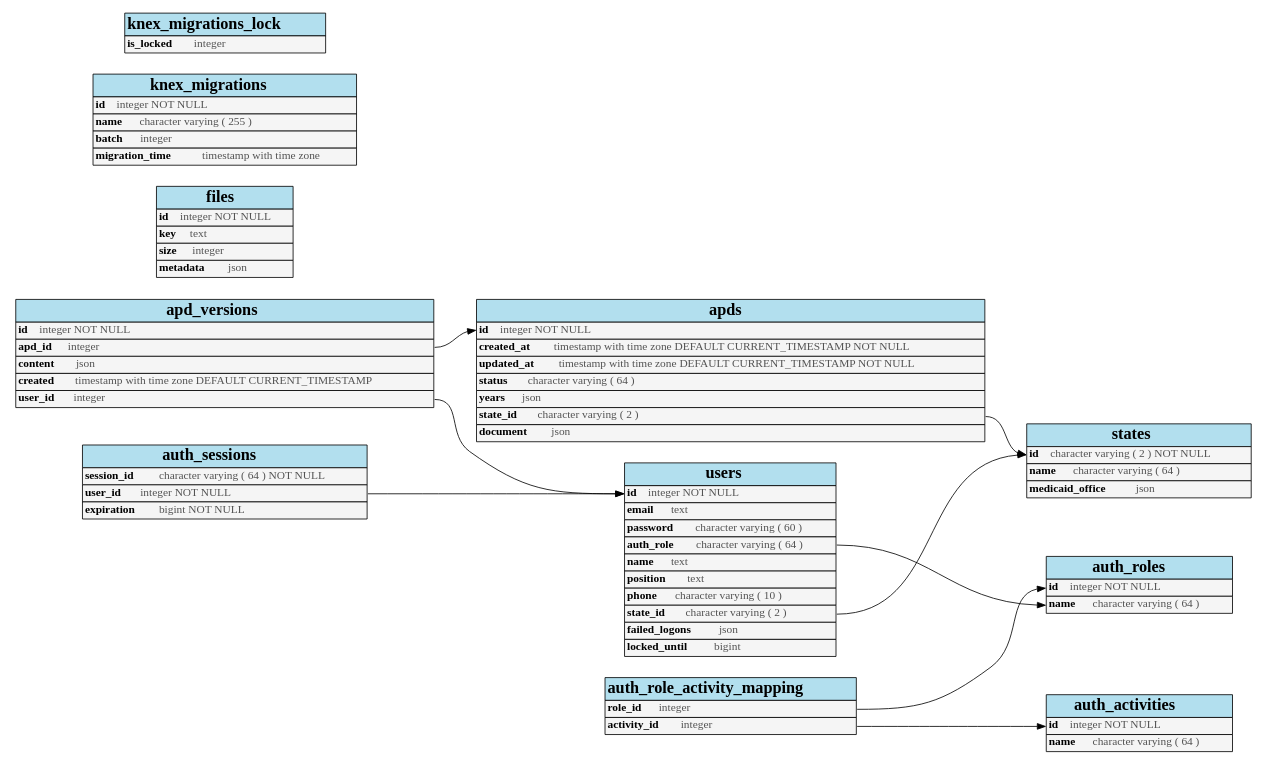
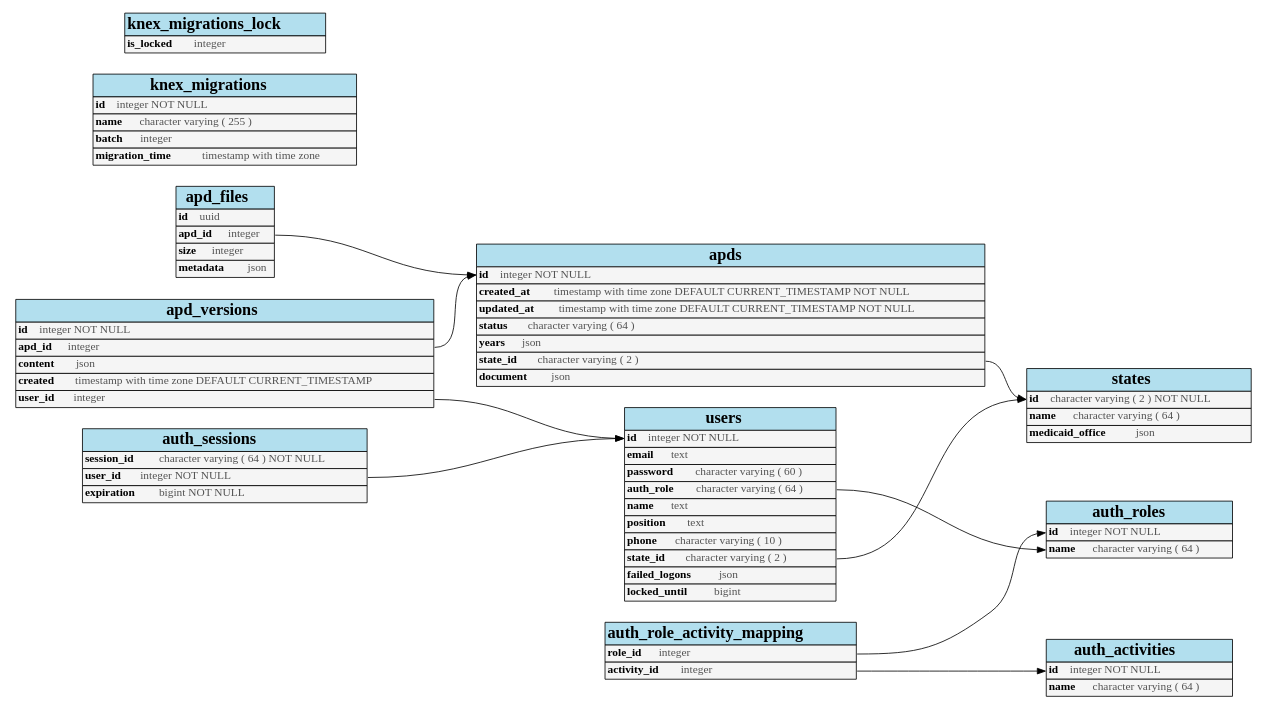
One commit to Enterprise-CMCS/eAPD changed the diagram in docs/database-diagram.dot. Above: the diagram before and after it, drawn with Graphviz. The commit also changed 2 other files, not shown here.

```diff
--- a/docs/database-diagram.dot
+++ b/docs/database-diagram.dot
@@ -1,145 +1,146 @@
 /*
- * Graphviz of '<open file '<stdin>', mode 'r' at 0x7f389a83e0c0>', created 2019-10-18 20:24:25.731945
+ * Graphviz of '<open file '<stdin>', mode 'r' at 0x7f3fab3ed0c0>', created 2019-12-04 19:56:55.514987
  * Generated from https://github.com/rm-hull/sql_graphviz
  */
 digraph g { graph [ rankdir = "LR" ];
+
+  "apd_files" [
+    shape=none
+    label=<
+      <table border="0" cellspacing="0" cellborder="1">
+        <tr><td bgcolor="lightblue2"><font face="Times-bold" point-size="20">apd_files</font></td></tr>
+        <tr><td bgcolor="grey96" align="left" port="id"><font face="Times-bold">id</font>  <font color="#535353">uuid</font></td></tr>
+        <tr><td bgcolor="grey96" align="left" port="apd_id"><font face="Times-bold">apd_id</font>  <font color="#535353">integer</font></td></tr>
+        <tr><td bgcolor="grey96" align="left" port="size"><font face="Times-bold">size</font>  <font color="#535353">integer</font></td></tr>
+        <tr><td bgcolor="grey96" align="left" port="metadata"><font face="Times-bold">metadata</font>  <font color="#535353">json</font></td></tr>
+      </table>
+    >];
 
   "apd_versions" [
     shape=none
     label=<
       <table border="0" cellspacing="0" cellborder="1">
         <tr><td bgcolor="lightblue2"><font face="Times-bold" point-size="20">apd_versions</font></td></tr>
         <tr><td bgcolor="grey96" align="left" port="id"><font face="Times-bold">id</font>  <font color="#535353">integer NOT NULL</font></td></tr>
         <tr><td bgcolor="grey96" align="left" port="apd_id"><font face="Times-bold">apd_id</font>  <font color="#535353">integer</font></td></tr>
         <tr><td bgcolor="grey96" align="left" port="content"><font face="Times-bold">content</font>  <font color="#535353">json</font></td></tr>
         <tr><td bgcolor="grey96" align="left" port="created"><font face="Times-bold">created</font>  <font color="#535353">timestamp with time zone DEFAULT CURRENT_TIMESTAMP</font></td></tr>
         <tr><td bgcolor="grey96" align="left" port="user_id"><font face="Times-bold">user_id</font>  <font color="#535353">integer</font></td></tr>
       </table>
     >];
 
   "apds" [
     shape=none
     label=<
       <table border="0" cellspacing="0" cellborder="1">
         <tr><td bgcolor="lightblue2"><font face="Times-bold" point-size="20">apds</font></td></tr>
         <tr><td bgcolor="grey96" align="left" port="id"><font face="Times-bold">id</font>  <font color="#535353">integer NOT NULL</font></td></tr>
         <tr><td bgcolor="grey96" align="left" port="created_at"><font face="Times-bold">created_at</font>  <font color="#535353">timestamp with time zone DEFAULT CURRENT_TIMESTAMP NOT NULL</font></td></tr>
         <tr><td bgcolor="grey96" align="left" port="updated_at"><font face="Times-bold">updated_at</font>  <font color="#535353">timestamp with time zone DEFAULT CURRENT_TIMESTAMP NOT NULL</font></td></tr>
         <tr><td bgcolor="grey96" align="left" port="status"><font face="Times-bold">status</font>  <font color="#535353">character varying ( 64 )</font></td></tr>
         <tr><td bgcolor="grey96" align="left" port="years"><font face="Times-bold">years</font>  <font color="#535353">json</font></td></tr>
         <tr><td bgcolor="grey96" align="left" port="state_id"><font face="Times-bold">state_id</font>  <font color="#535353">character varying ( 2 )</font></td></tr>
         <tr><td bgcolor="grey96" align="left" port="document"><font face="Times-bold">document</font>  <font color="#535353">json</font></td></tr>
       </table>
     >];
 
   "auth_activities" [
     shape=none
     label=<
       <table border="0" cellspacing="0" cellborder="1">
         <tr><td bgcolor="lightblue2"><font face="Times-bold" point-size="20">auth_activities</font></td></tr>
         <tr><td bgcolor="grey96" align="left" port="id"><font face="Times-bold">id</font>  <font color="#535353">integer NOT NULL</font></td></tr>
         <tr><td bgcolor="grey96" align="left" port="name"><font face="Times-bold">name</font>  <font color="#535353">character varying ( 64 )</font></td></tr>
       </table>
     >];
 
   "auth_role_activity_mapping" [
     shape=none
     label=<
       <table border="0" cellspacing="0" cellborder="1">
         <tr><td bgcolor="lightblue2"><font face="Times-bold" point-size="20">auth_role_activity_mapping</font></td></tr>
         <tr><td bgcolor="grey96" align="left" port="role_id"><font face="Times-bold">role_id</font>  <font color="#535353">integer</font></td></tr>
         <tr><td bgcolor="grey96" align="left" port="activity_id"><font face="Times-bold">activity_id</font>  <font color="#535353">integer</font></td></tr>
       </table>
     >];
 
   "auth_roles" [
     shape=none
     label=<
       <table border="0" cellspacing="0" cellborder="1">
         <tr><td bgcolor="lightblue2"><font face="Times-bold" point-size="20">auth_roles</font></td></tr>
         <tr><td bgcolor="grey96" align="left" port="id"><font face="Times-bold">id</font>  <font color="#535353">integer NOT NULL</font></td></tr>
         <tr><td bgcolor="grey96" align="left" port="name"><font face="Times-bold">name</font>  <font color="#535353">character varying ( 64 )</font></td></tr>
       </table>
     >];
 
   "auth_sessions" [
     shape=none
     label=<
       <table border="0" cellspacing="0" cellborder="1">
         <tr><td bgcolor="lightblue2"><font face="Times-bold" point-size="20">auth_sessions</font></td></tr>
         <tr><td bgcolor="grey96" align="left" port="session_id"><font face="Times-bold">session_id</font>  <font color="#535353">character varying ( 64 ) NOT NULL</font></td></tr>
         <tr><td bgcolor="grey96" align="left" port="user_id"><font face="Times-bold">user_id</font>  <font color="#535353">integer NOT NULL</font></td></tr>
         <tr><td bgcolor="grey96" align="left" port="expiration"><font face="Times-bold">expiration</font>  <font color="#535353">bigint NOT NULL</font></td></tr>
       </table>
     >];
 
-  "files" [
-    shape=none
-    label=<
-      <table border="0" cellspacing="0" cellborder="1">
-        <tr><td bgcolor="lightblue2"><font face="Times-bold" point-size="20">files</font></td></tr>
-        <tr><td bgcolor="grey96" align="left" port="id"><font face="Times-bold">id</font>  <font color="#535353">integer NOT NULL</font></td></tr>
-        <tr><td bgcolor="grey96" align="left" port="key"><font face="Times-bold">key</font>  <font color="#535353">text</font></td></tr>
-        <tr><td bgcolor="grey96" align="left" port="size"><font face="Times-bold">size</font>  <font color="#535353">integer</font></td></tr>
-        <tr><td bgcolor="grey96" align="left" port="metadata"><font face="Times-bold">metadata</font>  <font color="#535353">json</font></td></tr>
-      </table>
-    >];
-
   "knex_migrations" [
     shape=none
     label=<
       <table border="0" cellspacing="0" cellborder="1">
         <tr><td bgcolor="lightblue2"><font face="Times-bold" point-size="20">knex_migrations</font></td></tr>
         <tr><td bgcolor="grey96" align="left" port="id"><font face="Times-bold">id</font>  <font color="#535353">integer NOT NULL</font></td></tr>
         <tr><td bgcolor="grey96" align="left" port="name"><font face="Times-bold">name</font>  <font color="#535353">character varying ( 255 )</font></td></tr>
         <tr><td bgcolor="grey96" align="left" port="batch"><font face="Times-bold">batch</font>  <font color="#535353">integer</font></td></tr>
         <tr><td bgcolor="grey96" align="left" port="migration_time"><font face="Times-bold">migration_time</font>  <font color="#535353">timestamp with time zone</font></td></tr>
       </table>
     >];
 
   "knex_migrations_lock" [
     shape=none
     label=<
       <table border="0" cellspacing="0" cellborder="1">
         <tr><td bgcolor="lightblue2"><font face="Times-bold" point-size="20">knex_migrations_lock</font></td></tr>
         <tr><td bgcolor="grey96" align="left" port="is_locked"><font face="Times-bold">is_locked</font>  <font color="#535353">integer</font></td></tr>
       </table>
     >];
 
   "states" [
     shape=none
     label=<
       <table border="0" cellspacing="0" cellborder="1">
         <tr><td bgcolor="lightblue2"><font face="Times-bold" point-size="20">states</font></td></tr>
         <tr><td bgcolor="grey96" align="left" port="id"><font face="Times-bold">id</font>  <font color="#535353">character varying ( 2 ) NOT NULL</font></td></tr>
         <tr><td bgcolor="grey96" align="left" port="name"><font face="Times-bold">name</font>  <font color="#535353">character varying ( 64 )</font></td></tr>
         <tr><td bgcolor="grey96" align="left" port="medicaid_office"><font face="Times-bold">medicaid_office</font>  <font color="#535353">json</font></td></tr>
       </table>
     >];
 
   "users" [
     shape=none
     label=<
       <table border="0" cellspacing="0" cellborder="1">
         <tr><td bgcolor="lightblue2"><font face="Times-bold" point-size="20">users</font></td></tr>
         <tr><td bgcolor="grey96" align="left" port="id"><font face="Times-bold">id</font>  <font color="#535353">integer NOT NULL</font></td></tr>
         <tr><td bgcolor="grey96" align="left" port="email"><font face="Times-bold">email</font>  <font color="#535353">text</font></td></tr>
         <tr><td bgcolor="grey96" align="left" port="password"><font face="Times-bold">password</font>  <font color="#535353">character varying ( 60 )</font></td></tr>
         <tr><td bgcolor="grey96" align="left" port="auth_role"><font face="Times-bold">auth_role</font>  <font color="#535353">character varying ( 64 )</font></td></tr>
         <tr><td bgcolor="grey96" align="left" port="name"><font face="Times-bold">name</font>  <font color="#535353">text</font></td></tr>
         <tr><td bgcolor="grey96" align="left" port="position"><font face="Times-bold">position</font>  <font color="#535353">text</font></td></tr>
         <tr><td bgcolor="grey96" align="left" port="phone"><font face="Times-bold">phone</font>  <font color="#535353">character varying ( 10 )</font></td></tr>
         <tr><td bgcolor="grey96" align="left" port="state_id"><font face="Times-bold">state_id</font>  <font color="#535353">character varying ( 2 )</font></td></tr>
         <tr><td bgcolor="grey96" align="left" port="failed_logons"><font face="Times-bold">failed_logons</font>  <font color="#535353">json</font></td></tr>
         <tr><td bgcolor="grey96" align="left" port="locked_until"><font face="Times-bold">locked_until</font>  <font color="#535353">bigint</font></td></tr>
       </table>
     >];
+  "apd_files":apd_id -> "apds":id
   "apd_versions":apd_id -> "apds":id
   "apd_versions":user_id -> "users":id
   "apds":state_id -> "states":id
   "auth_role_activity_mapping":activity_id -> "auth_activities":id
   "auth_role_activity_mapping":role_id -> "auth_roles":id
   "auth_sessions":user_id -> "users":id
   "users":auth_role -> "auth_roles":name
   "users":state_id -> "states":id
 }
```
